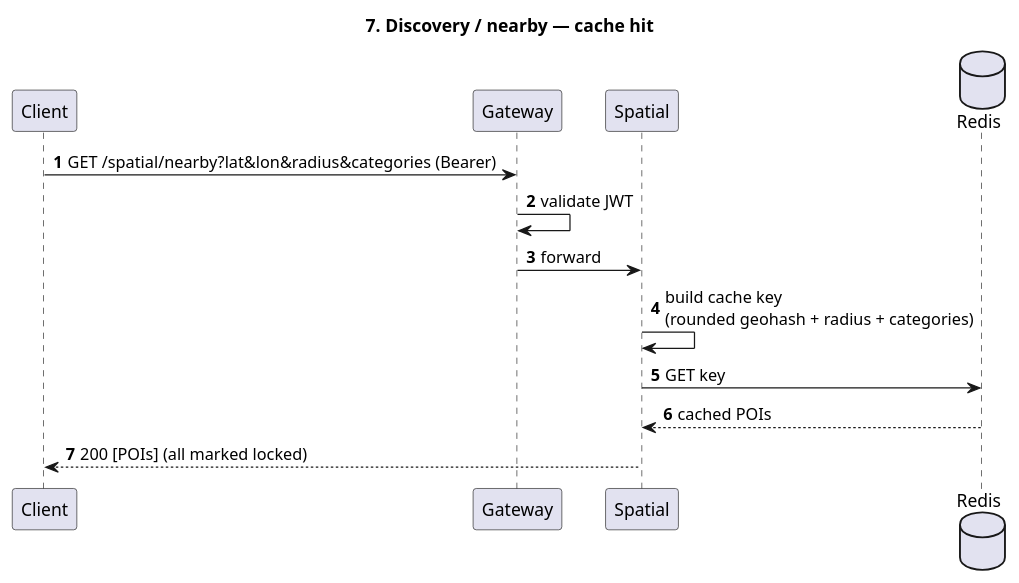
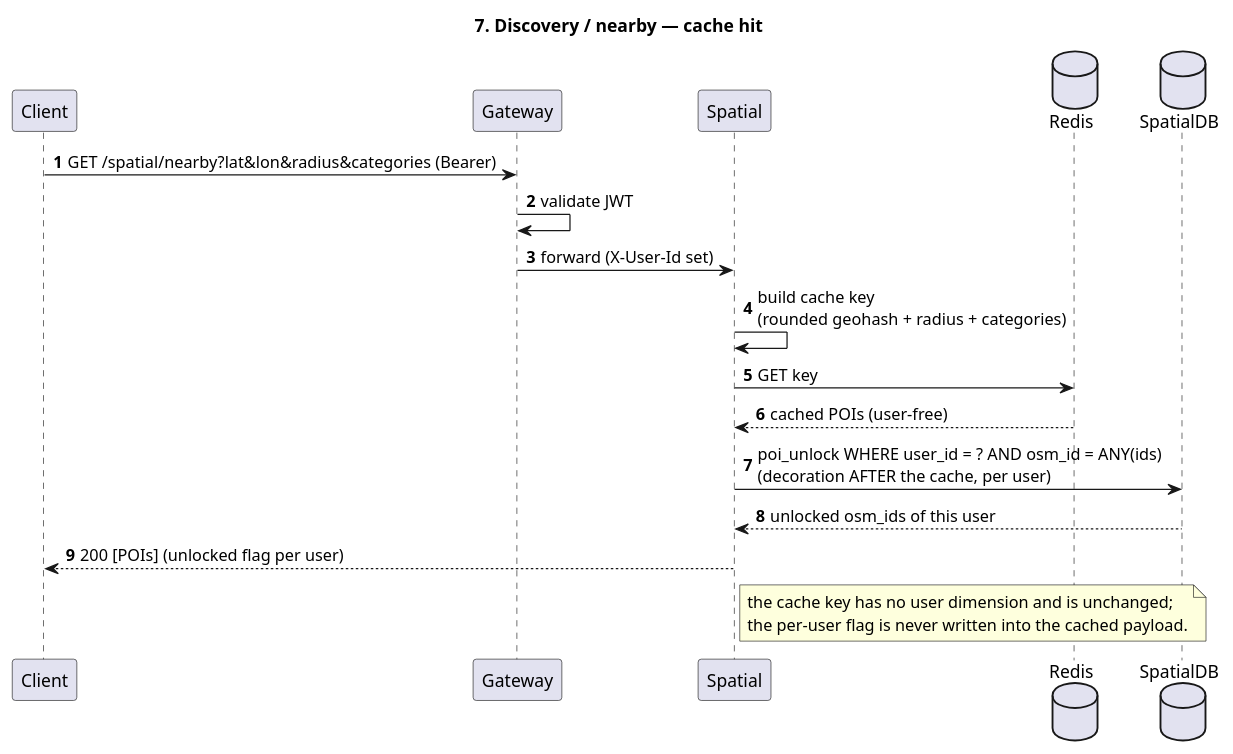
One commit to laa66/trippie changed the diagram in docs/flows/07-discovery-cache-hit.puml. Above: the diagram before and after it, drawn with PlantUML. The commit also changed 4 other files, not shown here.

Commit message:
spatial is no longer pure geo, the unlock flow is a server grant

```diff
--- a/docs/flows/07-discovery-cache-hit.puml
+++ b/docs/flows/07-discovery-cache-hit.puml
@@ -1,16 +1,20 @@
 @startuml
 title 7. Discovery / nearby — cache hit
 autonumber
 participant Client
 participant Gateway
 participant Spatial
 database Redis
+database SpatialDB
 
 Client -> Gateway : GET /spatial/nearby?lat&lon&radius&categories (Bearer)
 Gateway -> Gateway : validate JWT
-Gateway -> Spatial : forward
+Gateway -> Spatial : forward (X-User-Id set)
 Spatial -> Spatial : build cache key\n(rounded geohash + radius + categories)
 Spatial -> Redis : GET key
-Redis --> Spatial : cached POIs
-Spatial --> Client : 200 [POIs] (all marked locked)
+Redis --> Spatial : cached POIs (user-free)
+Spatial -> SpatialDB : poi_unlock WHERE user_id = ? AND osm_id = ANY(ids)\n(decoration AFTER the cache, per user)
+SpatialDB --> Spatial : unlocked osm_ids of this user
+Spatial --> Client : 200 [POIs] (unlocked flag per user)
+note right of Spatial : the cache key has no user dimension and is unchanged;\nthe per-user flag is never written into the cached payload.
 @enduml
```
